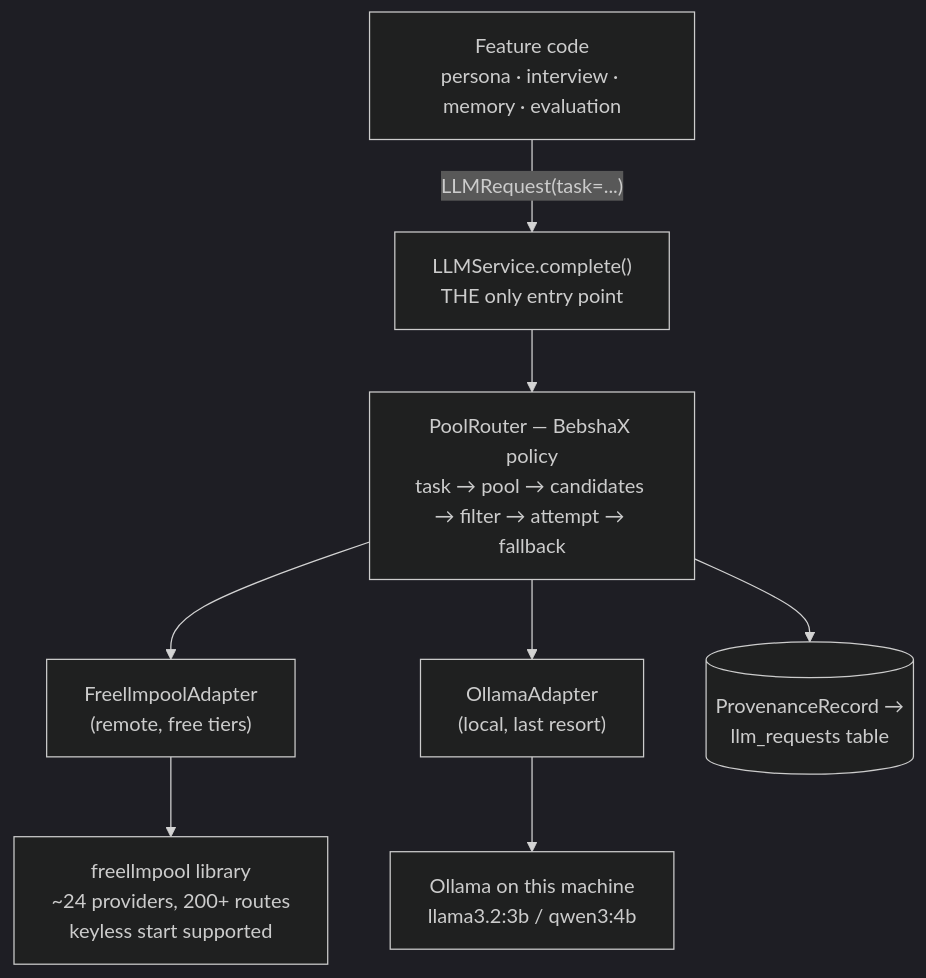
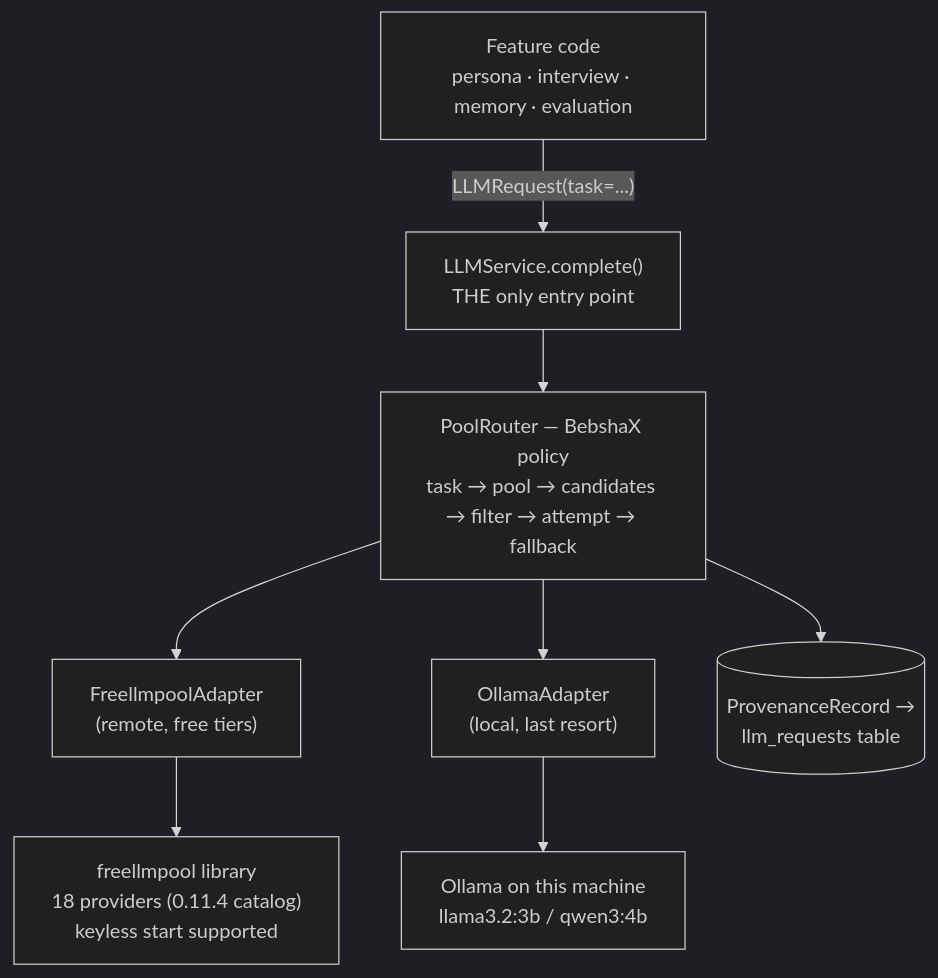
One commit to Tayebbb/BebshaX changed the first of 2 diagrams in docs/AI_IMPLEMENTATION_PLAN.md. Above: the diagram before and after it, drawn with Mermaid (dark theme). The commit also changed other lines of this file and 220 other files, not shown here.

````diff
--- a/docs/AI_IMPLEMENTATION_PLAN.md
+++ b/docs/AI_IMPLEMENTATION_PLAN.md
@@ -23,10 +23,10 @@
 ```mermaid
 flowchart TD
     A["Feature code<br/>persona · interview · memory · evaluation"] -->|"LLMRequest(task=...)"| B
     B["LLMService.complete()<br/>THE only entry point"] --> C
     C["PoolRouter — BebshaX policy<br/>task → pool → candidates → filter → attempt → fallback"] --> D
     C --> E
-    D["FreellmpoolAdapter<br/>(remote, free tiers)"] --> F["freellmpool library<br/>~24 providers, 200+ routes<br/>keyless start supported"]
+    D["FreellmpoolAdapter<br/>(remote, free tiers)"] --> F["freellmpool library<br/>18 providers (0.11.4 catalog)<br/>keyless start supported"]
     E["OllamaAdapter<br/>(local, last resort)"] --> G["Ollama on this machine<br/>llama3.2:3b / qwen3:4b"]
     C --> H[("ProvenanceRecord →<br/>llm_requests table")]
 ```
````
